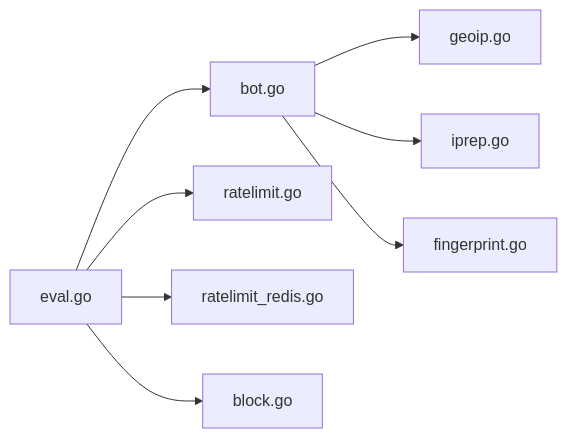
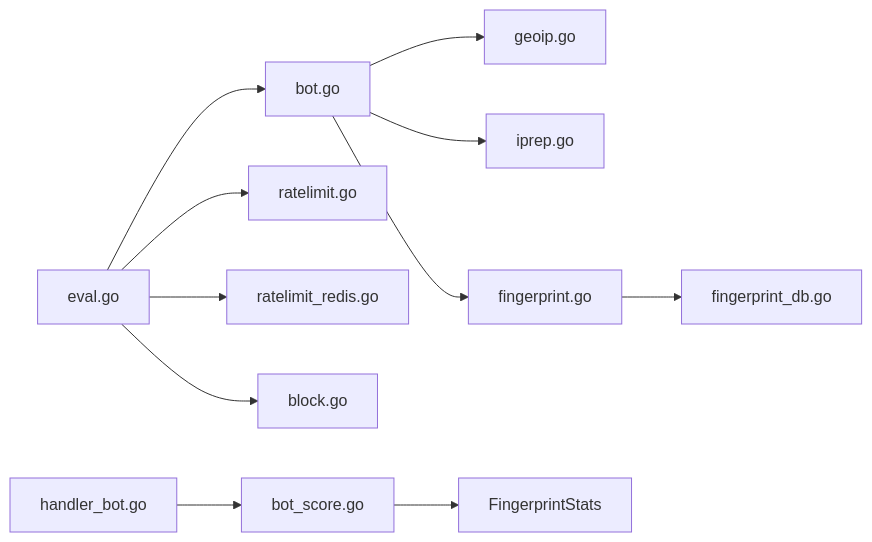
Before and after one commit to x01n/My-OpenWaf: the eighth of 8 diagrams in docs/安全防护功能/机器人检测.md, drawn with Mermaid. The commit also changed other lines of this file and 51 other files, not shown here.

````diff
--- a/docs/安全防护功能/机器人检测.md
+++ b/docs/安全防护功能/机器人检测.md
@@ -352,10 +467,13 @@
 ```mermaid
 graph LR
 Eval["eval.go"] --> Bot["bot.go"]
 Bot --> Geo["geoip.go"]
 Bot --> Rep["iprep.go"]
 Bot --> FP["fingerprint.go"]
+FP --> FPDB["fingerprint_db.go"]
 Eval --> RL["ratelimit.go"]
 Eval --> RLR["ratelimit_redis.go"]
 Eval --> Block["block.go"]
+FingerprintHandler["handler_bot.go"] --> FingerprintRepo["bot_score.go"]
+FingerprintRepo --> FingerprintStats["FingerprintStats"]
 ```
````
